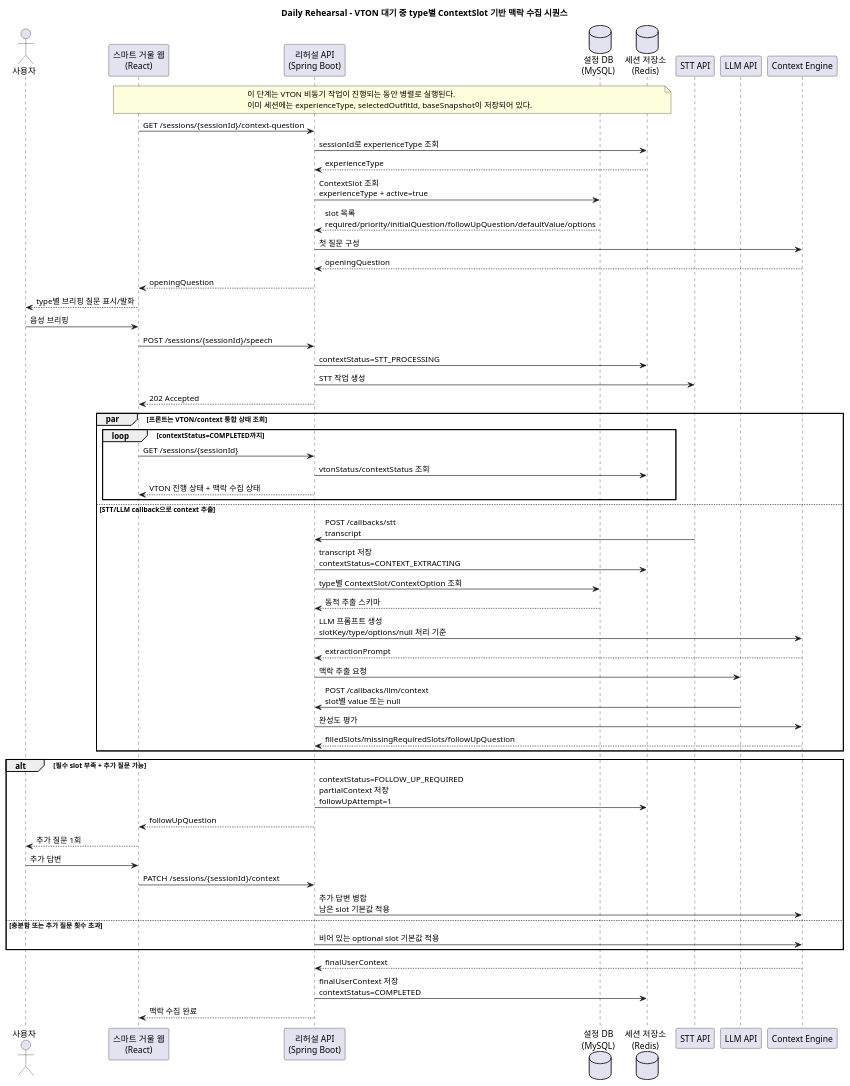
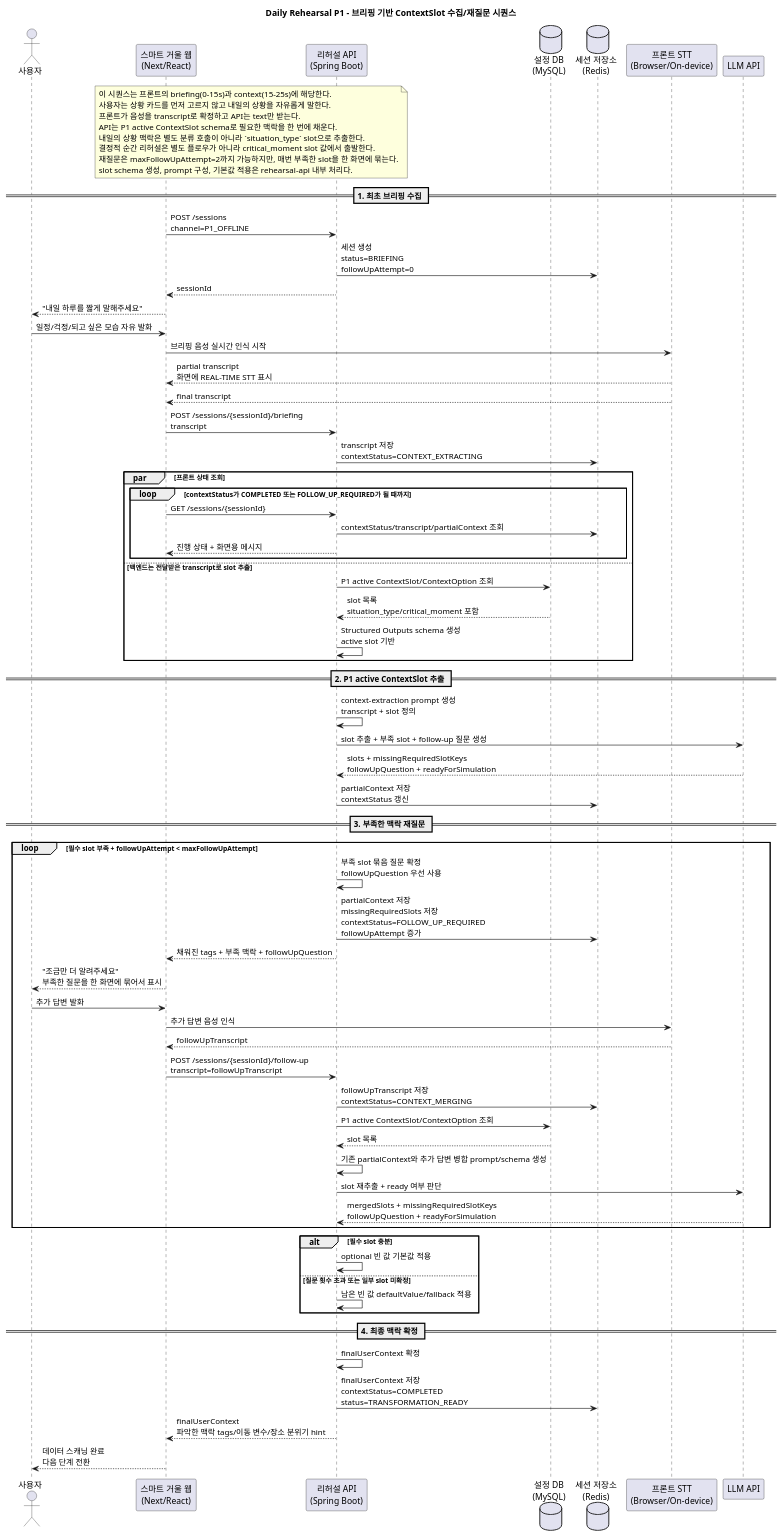
The diagram in backend/rehearsal-modules/docs/sequence/01-context-collection-sequence.puml (fhdnwlqkd/daily-rehearsal), drawn with PlantUML before and after one commit. The commit also changed 25 other files, not shown here.

Commit message:
[#32] sequence 재설계

```diff
--- a/backend/rehearsal-modules/docs/sequence/01-context-collection-sequence.puml
+++ b/backend/rehearsal-modules/docs/sequence/01-context-collection-sequence.puml
@@ -1,71 +1,91 @@
 @startuml
-title Daily Rehearsal - VTON 대기 중 type별 ContextSlot 기반 맥락 수집 시퀀스
+title Daily Rehearsal P1 - 브리핑 기반 ContextSlot 수집/재질문 시퀀스
 
 skinparam responseMessageBelowArrow true
 
 actor "사용자" as user
-participant "스마트 거울 웹\n(React)" as web
+participant "스마트 거울 웹\n(Next/React)" as web
 participant "리허설 API\n(Spring Boot)" as api
 database "설정 DB\n(MySQL)" as mysql
 database "세션 저장소\n(Redis)" as redis
-participant "STT API" as stt
+participant "프론트 STT\n(Browser/On-device)" as frontStt
 participant "LLM API" as llm
-participant "Context Engine" as contextEngine
 
-note over web, redis
-이 단계는 VTON 비동기 작업이 진행되는 동안 병렬로 실행된다.
-이미 세션에는 experienceType, selectedOutfitId, baseSnapshot이 저장되어 있다.
+note over web, api
+이 시퀀스는 프론트의 briefing(0-15s)과 context(15-25s)에 해당한다.
+사용자는 상황 카드를 먼저 고르지 않고 내일의 상황을 자유롭게 말한다.
+프론트가 음성을 transcript로 확정하고 API는 text만 받는다.
+API는 P1 active ContextSlot schema로 필요한 맥락을 한 번에 채운다.
+내일의 상황 맥락은 별도 분류 호출이 아니라 `situation_type` slot으로 추출한다.
+결정적 순간 리허설은 별도 플로우가 아니라 critical_moment slot 값에서 출발한다.
+재질문은 maxFollowUpAttempt=2까지 가능하지만, 매번 부족한 slot을 한 화면에 묶는다.
+slot schema 생성, prompt 구성, 기본값 적용은 rehearsal-api 내부 처리다.
 end note
 
-web -> api: GET /sessions/{sessionId}/context-question
-api -> redis: sessionId로 experienceType 조회
-redis --> api: experienceType
-api -> mysql: ContextSlot 조회\nexperienceType + active=true
-mysql --> api: slot 목록\nrequired/priority/initialQuestion/followUpQuestion/defaultValue/options
-api -> contextEngine: 첫 질문 구성
-contextEngine --> api: openingQuestion
-api --> web: openingQuestion
-web --> user: type별 브리핑 질문 표시/발화
+== 1. 최초 브리핑 수집 ==
 
-user -> web: 음성 브리핑
-web -> api: POST /sessions/{sessionId}/speech
-api -> redis: contextStatus=STT_PROCESSING
-api -> stt: STT 작업 생성
-api --> web: 202 Accepted
+web -> api: POST /sessions\nchannel=P1_OFFLINE
+api -> redis: 세션 생성\nstatus=BRIEFING\nfollowUpAttempt=0
+api --> web: sessionId
 
-par 프론트는 VTON/context 통합 상태 조회
-    loop contextStatus=COMPLETED까지
+web --> user: "내일 하루를 짧게 말해주세요"
+user -> web: 일정/걱정/되고 싶은 모습 자유 발화
+web -> frontStt: 브리핑 음성 실시간 인식 시작
+frontStt --> web: partial transcript\n화면에 REAL-TIME STT 표시
+frontStt --> web: final transcript
+web -> api: POST /sessions/{sessionId}/briefing\ntranscript
+api -> redis: transcript 저장\ncontextStatus=CONTEXT_EXTRACTING
+
+par 프론트 상태 조회
+    loop contextStatus가 COMPLETED 또는 FOLLOW_UP_REQUIRED가 될 때까지
         web -> api: GET /sessions/{sessionId}
-        api -> redis: vtonStatus/contextStatus 조회
-        api --> web: VTON 진행 상태 + 맥락 수집 상태
+        api -> redis: contextStatus/transcript/partialContext 조회
+        api --> web: 진행 상태 + 화면용 메시지
     end
-else STT/LLM callback으로 context 추출
-    stt -> api: POST /callbacks/stt\ntranscript
-    api -> redis: transcript 저장\ncontextStatus=CONTEXT_EXTRACTING
-    api -> mysql: type별 ContextSlot/ContextOption 조회
-    mysql --> api: 동적 추출 스키마
-    api -> contextEngine: LLM 프롬프트 생성\nslotKey/type/options/null 처리 기준
-    contextEngine --> api: extractionPrompt
-    api -> llm: 맥락 추출 요청
-
-    llm -> api: POST /callbacks/llm/context\nslot별 value 또는 null
-    api -> contextEngine: 완성도 평가
-    contextEngine --> api: filledSlots/missingRequiredSlots/followUpQuestion
+else 백엔드는 전달받은 transcript로 slot 추출
+    api -> mysql: P1 active ContextSlot/ContextOption 조회
+    mysql --> api: slot 목록\nsituation_type/critical_moment 포함
+    api -> api: Structured Outputs schema 생성\nactive slot 기반
 end
 
-alt 필수 slot 부족 + 추가 질문 가능
-    api -> redis: contextStatus=FOLLOW_UP_REQUIRED\npartialContext 저장\nfollowUpAttempt=1
-    api --> web: followUpQuestion
-    web --> user: 추가 질문 1회
-    user -> web: 추가 답변
-    web -> api: PATCH /sessions/{sessionId}/context
-    api -> contextEngine: 추가 답변 병합\n남은 slot 기본값 적용
-else 충분함 또는 추가 질문 횟수 초과
-    api -> contextEngine: 비어 있는 optional slot 기본값 적용
+== 2. P1 active ContextSlot 추출 ==
+
+api -> api: context-extraction prompt 생성\ntranscript + slot 정의
+api -> llm: slot 추출 + 부족 slot + follow-up 질문 생성
+llm --> api: slots + missingRequiredSlotKeys\nfollowUpQuestion + readyForSimulation
+api -> redis: partialContext 저장\ncontextStatus 갱신
+
+== 3. 부족한 맥락 재질문 ==
+
+loop 필수 slot 부족 + followUpAttempt < maxFollowUpAttempt
+    api -> api: 부족 slot 묶음 질문 확정\nfollowUpQuestion 우선 사용
+    api -> redis: partialContext 저장\nmissingRequiredSlots 저장\ncontextStatus=FOLLOW_UP_REQUIRED\nfollowUpAttempt 증가
+    api --> web: 채워진 tags + 부족 맥락 + followUpQuestion
+
+    web --> user: "조금만 더 알려주세요"\n부족한 질문을 한 화면에 묶어서 표시
+    user -> web: 추가 답변 발화
+    web -> frontStt: 추가 답변 음성 인식
+    frontStt --> web: followUpTranscript
+    web -> api: POST /sessions/{sessionId}/follow-up\ntranscript=followUpTranscript
+    api -> redis: followUpTranscript 저장\ncontextStatus=CONTEXT_MERGING
+    api -> mysql: P1 active ContextSlot/ContextOption 조회
+    mysql --> api: slot 목록
+    api -> api: 기존 partialContext와 추가 답변 병합 prompt/schema 생성
+    api -> llm: slot 재추출 + ready 여부 판단
+    llm --> api: mergedSlots + missingRequiredSlotKeys\nfollowUpQuestion + readyForSimulation
 end
 
-contextEngine --> api: finalUserContext
-api -> redis: finalUserContext 저장\ncontextStatus=COMPLETED
-api --> web: 맥락 수집 완료
+alt 필수 slot 충분
+    api -> api: optional 빈 값 기본값 적용
+else 질문 횟수 초과 또는 일부 slot 미확정
+    api -> api: 남은 빈 값 defaultValue/fallback 적용
+end
+
+== 4. 최종 맥락 확정 ==
+
+api -> api: finalUserContext 확정
+api -> redis: finalUserContext 저장\ncontextStatus=COMPLETED\nstatus=TRANSFORMATION_READY
+api --> web: finalUserContext\n파악한 맥락 tags/이동 변수/장소 분위기 hint
+web --> user: 데이터 스캐닝 완료\n다음 단계 전환
 
 @enduml
```
